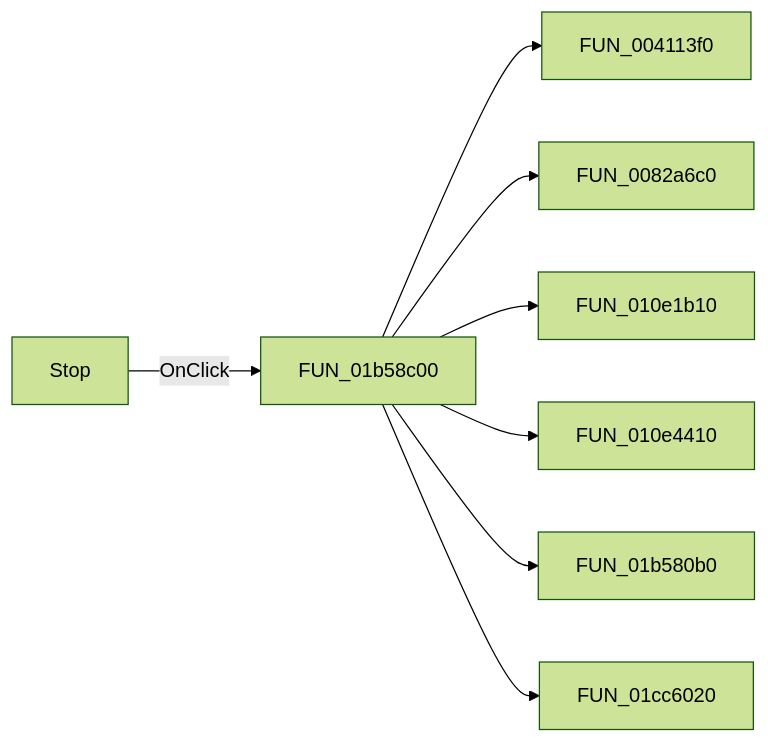
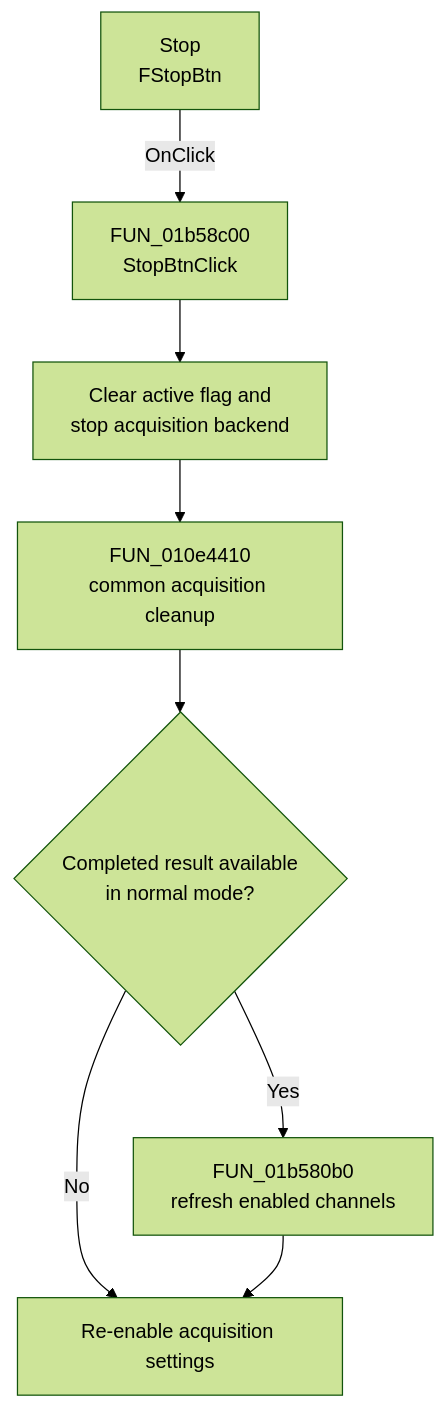
The diagram in docs/ui-controls/xyrecorderwin/fstopbtn-911156ab7c.md (MovGP0/TIARA), drawn with Mermaid (forest theme) before and after one commit. The commit also changed other lines of this file and 387 other files, not shown here.

````diff
--- a/docs/ui-controls/xyrecorderwin/fstopbtn-911156ab7c.md
+++ b/docs/ui-controls/xyrecorderwin/fstopbtn-911156ab7c.md
@@ -27,10 +29,10 @@
 ```mermaid
-flowchart LR
-    control["Stop"] -->|OnClick| handler["FUN_01b58c00"]
-    handler --> call1["FUN_004113f0"]
-    handler --> call2["FUN_0082a6c0"]
-    handler --> call3["FUN_010e1b10"]
-    handler --> call4["FUN_010e4410"]
-    handler --> call5["FUN_01b580b0"]
-    handler --> call6["FUN_01cc6020"]
+flowchart TD
+    control["Stop<br/>FStopBtn"] -->|OnClick| handler["FUN_01b58c00<br/>StopBtnClick"]
+    handler --> inactive["Clear active flag and<br/>stop acquisition backend"]
+    inactive --> cleanup["FUN_010e4410<br/>common acquisition cleanup"]
+    cleanup --> result{"Completed result available<br/>in normal mode?"}
+    result -->|Yes| channels["FUN_01b580b0<br/>refresh enabled channels"]
+    result -->|No| controls["Re-enable acquisition settings"]
+    channels --> controls
 ```
````
